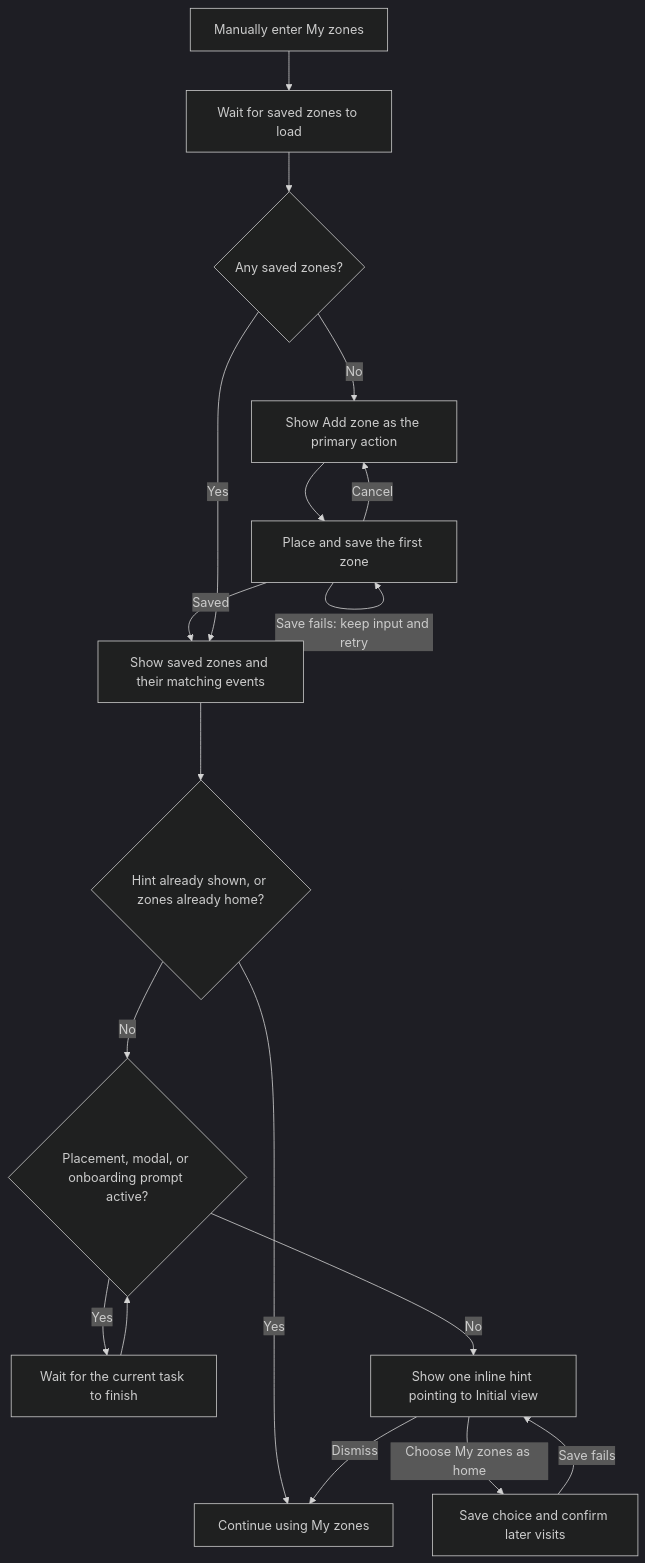
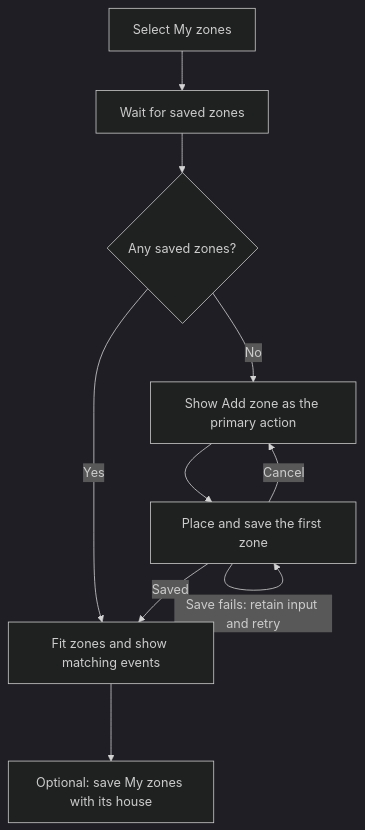
The third of 4 diagrams in docs/ux/user-journeys.md (vbuch/oboapp), drawn with Mermaid (dark theme) before and after one commit. The commit also changed other lines of this file and 4 other files, not shown here.

````diff
--- a/docs/ux/user-journeys.md
+++ b/docs/ux/user-journeys.md
@@ -50,20 +69,12 @@
 ```mermaid
 flowchart TD
-    Enter[Manually enter My zones] --> Ready[Wait for saved zones to load]
+    Enter[Select My zones] --> Ready[Wait for saved zones]
     Ready --> HasZones{Any saved zones?}
+    HasZones -->|Yes| View[Fit zones and show matching events]
     HasZones -->|No| Create[Show Add zone as the primary action]
     Create --> Place[Place and save the first zone]
     Place -->|Cancel| Create
-    Place -->|Save fails: keep input and retry| Place
-    Place -->|Saved| View[Show saved zones and their matching events]
-    HasZones -->|Yes| View
-    View --> Hint{Hint already shown, or zones already home?}
-    Hint -->|Yes| Continue[Continue using My zones]
-    Hint -->|No| Busy{Placement, modal, or onboarding prompt active?}
-    Busy -->|Yes| Wait[Wait for the current task to finish]
-    Wait --> Busy
-    Busy -->|No| Suggest[Show one inline hint pointing to Initial view]
-    Suggest -->|Dismiss| Continue
-    Suggest -->|Choose My zones as home| Save[Save choice and confirm later visits]
-    Save -->|Save fails| Suggest
+    Place -->|Save fails: retain input and retry| Place
+    Place -->|Saved| View
+    View --> Optional[Optional: save My zones with its house]
 ```
````
